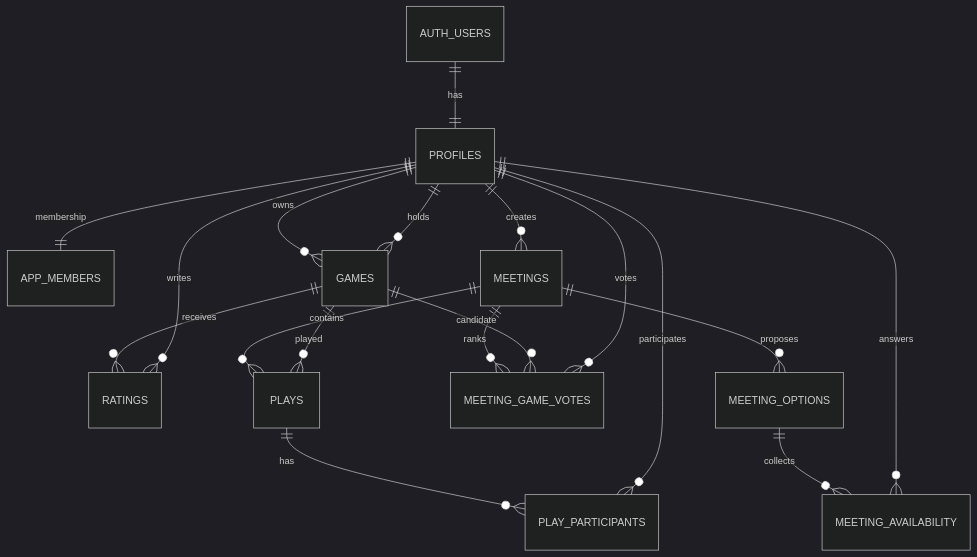
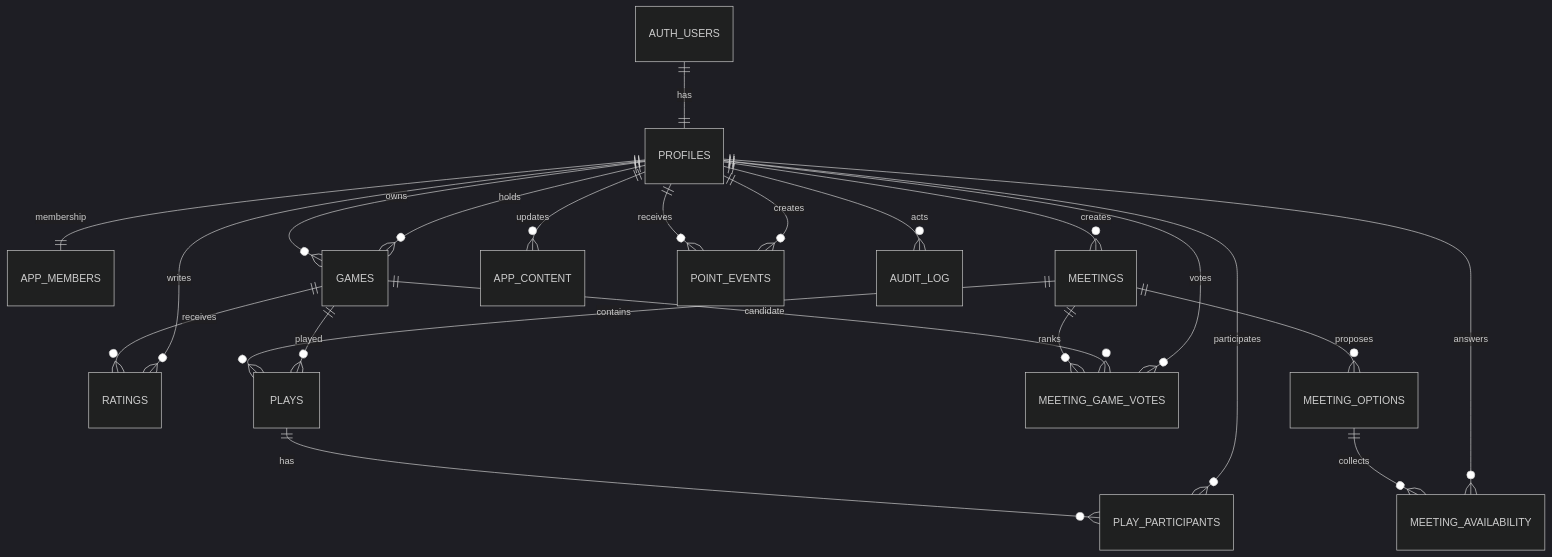
The diagram in outputs/projekt-mvp1.md (wianeze/TwojaTura), drawn with Mermaid (dark theme) before and after one commit. The commit also changed other lines of this file and 42 other files, not shown here.

Commit message:
Finalize MVP 1 UI and product architecture

````diff
--- a/outputs/projekt-mvp1.md
+++ b/outputs/projekt-mvp1.md
@@ -254,20 +339,24 @@
 ```mermaid
 erDiagram
   AUTH_USERS ||--|| PROFILES : has
   PROFILES ||--|| APP_MEMBERS : membership
   PROFILES ||--o{ GAMES : owns
   PROFILES ||--o{ GAMES : holds
   GAMES ||--o{ RATINGS : receives
   PROFILES ||--o{ RATINGS : writes
   PROFILES ||--o{ MEETINGS : creates
   MEETINGS ||--o{ MEETING_OPTIONS : proposes
   MEETING_OPTIONS ||--o{ MEETING_AVAILABILITY : collects
   PROFILES ||--o{ MEETING_AVAILABILITY : answers
   MEETINGS ||--o{ MEETING_GAME_VOTES : ranks
   GAMES ||--o{ MEETING_GAME_VOTES : candidate
   PROFILES ||--o{ MEETING_GAME_VOTES : votes
   MEETINGS ||--o{ PLAYS : contains
   GAMES ||--o{ PLAYS : played
   PLAYS ||--o{ PLAY_PARTICIPANTS : has
   PROFILES ||--o{ PLAY_PARTICIPANTS : participates
+  PROFILES ||--o{ APP_CONTENT : updates
+  PROFILES ||--o{ POINT_EVENTS : receives
+  PROFILES ||--o{ POINT_EVENTS : creates
+  PROFILES ||--o{ AUDIT_LOG : acts
 ```
````
